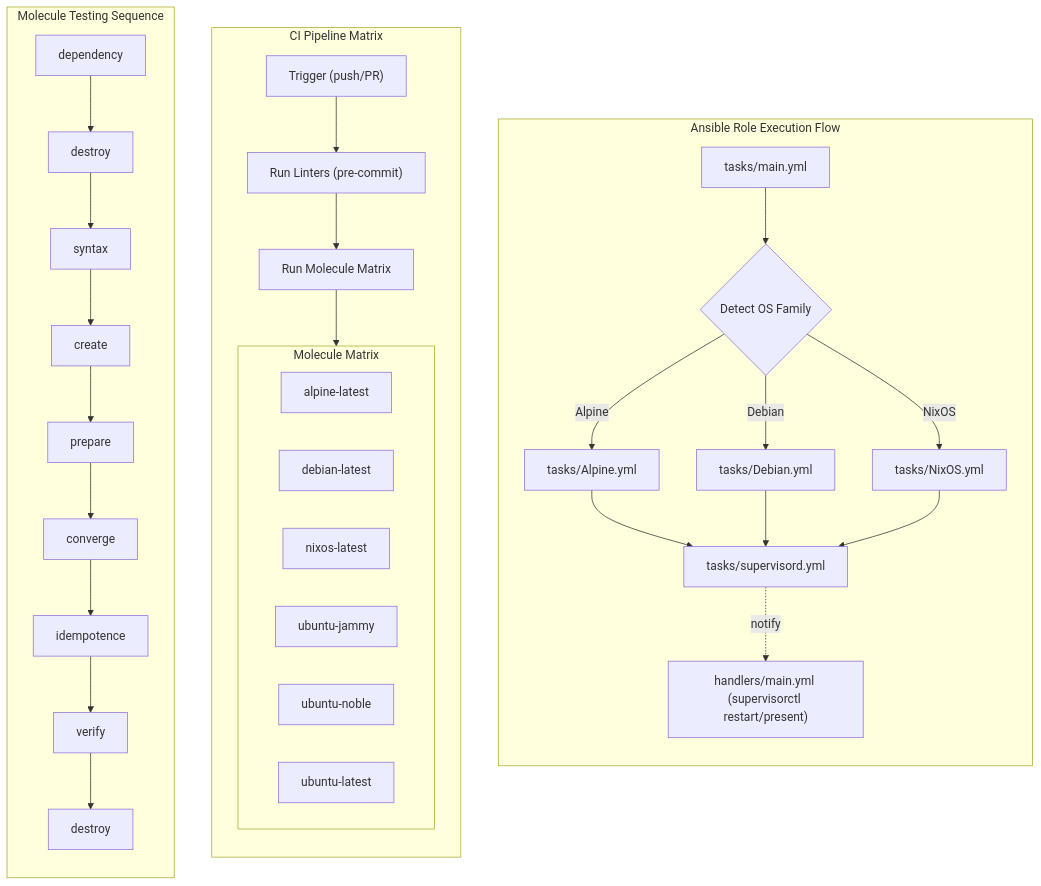
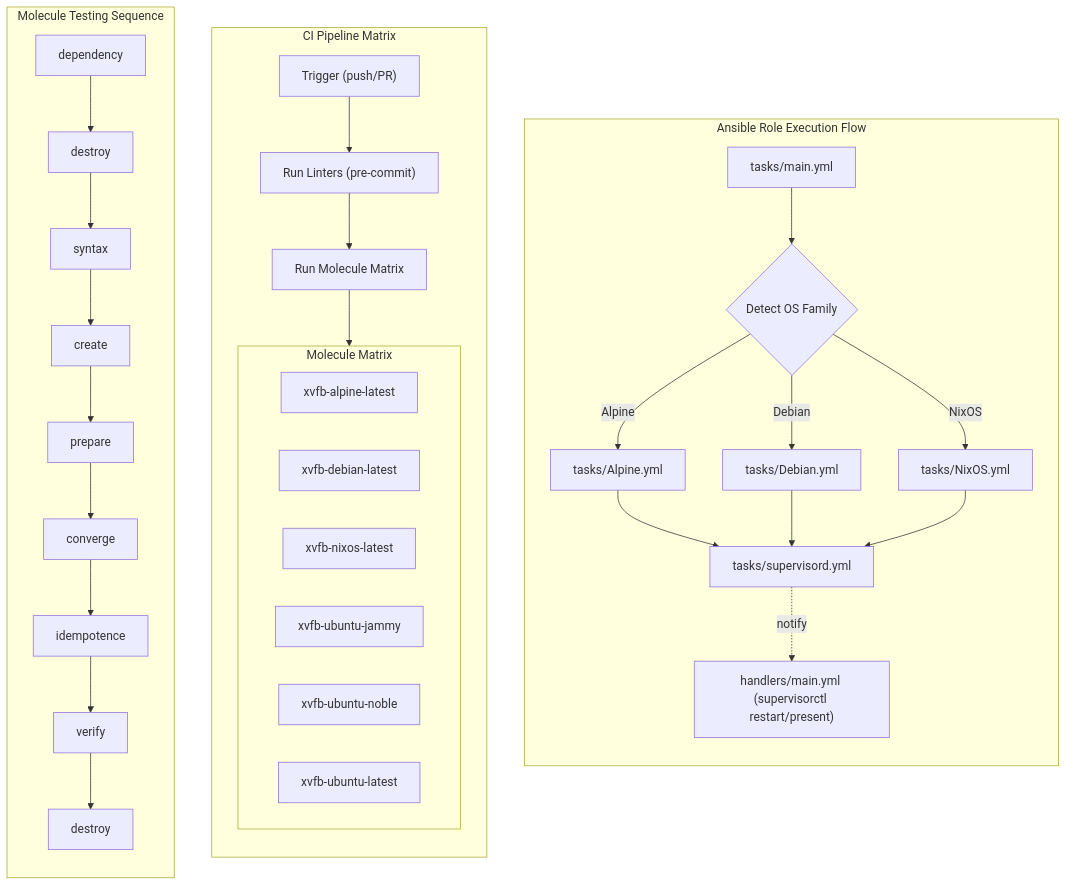
One commit to EA31337/ansible-role-xvfb changed the diagram in docs/FLOWS.mmd. Above: the diagram before and after it, drawn with Mermaid. The commit also changed 4 other files, not shown here.

```diff
--- a/docs/FLOWS.mmd
+++ b/docs/FLOWS.mmd
@@ -1,41 +1,41 @@
 %% docs/FLOWS.mmd
 flowchart TD
     subgraph Ansible_Role_Execution [Ansible Role Execution Flow]
         direction TB
         RE1["tasks/main.yml"] --> RE2{"Detect OS Family"}
         RE2 -->|Alpine| RE3["tasks/Alpine.yml"]
         RE2 -->|Debian| RE4["tasks/Debian.yml"]
         RE2 -->|NixOS| RE5["tasks/NixOS.yml"]
         RE3 --> RE6["tasks/supervisord.yml"]
         RE4 --> RE6
         RE5 --> RE6
         RE6 -.->|notify| RE7["handlers/main.yml (supervisorctl restart/present)"]
     end
 
     subgraph CI_Pipeline [CI Pipeline Matrix]
         direction TB
         CI1["Trigger (push/PR)"] --> CI2["Run Linters (pre-commit)"]
         CI2 --> CI3["Run Molecule Matrix"]
         subgraph Molecule_Matrix [Molecule Matrix]
             direction LR
-            CI4["alpine-latest"]
-            CI5["debian-latest"]
-            CI6["nixos-latest"]
-            CI7["ubuntu-jammy"]
-            CI8["ubuntu-noble"]
-            CI9["ubuntu-latest"]
+            CI4["xvfb-alpine-latest"]
+            CI5["xvfb-debian-latest"]
+            CI6["xvfb-nixos-latest"]
+            CI7["xvfb-ubuntu-jammy"]
+            CI8["xvfb-ubuntu-noble"]
+            CI9["xvfb-ubuntu-latest"]
         end
         CI3 --> Molecule_Matrix
     end
 
     subgraph Molecule_Testing_Flow [Molecule Testing Sequence]
         direction TB
         M1["dependency"] --> M2["destroy"]
         M2 --> M3["syntax"]
         M3 --> M4["create"]
         M4 --> M5["prepare"]
         M5 --> M6["converge"]
         M6 --> M7["idempotence"]
         M7 --> M8["verify"]
         M8 --> M9["destroy"]
     end
```
